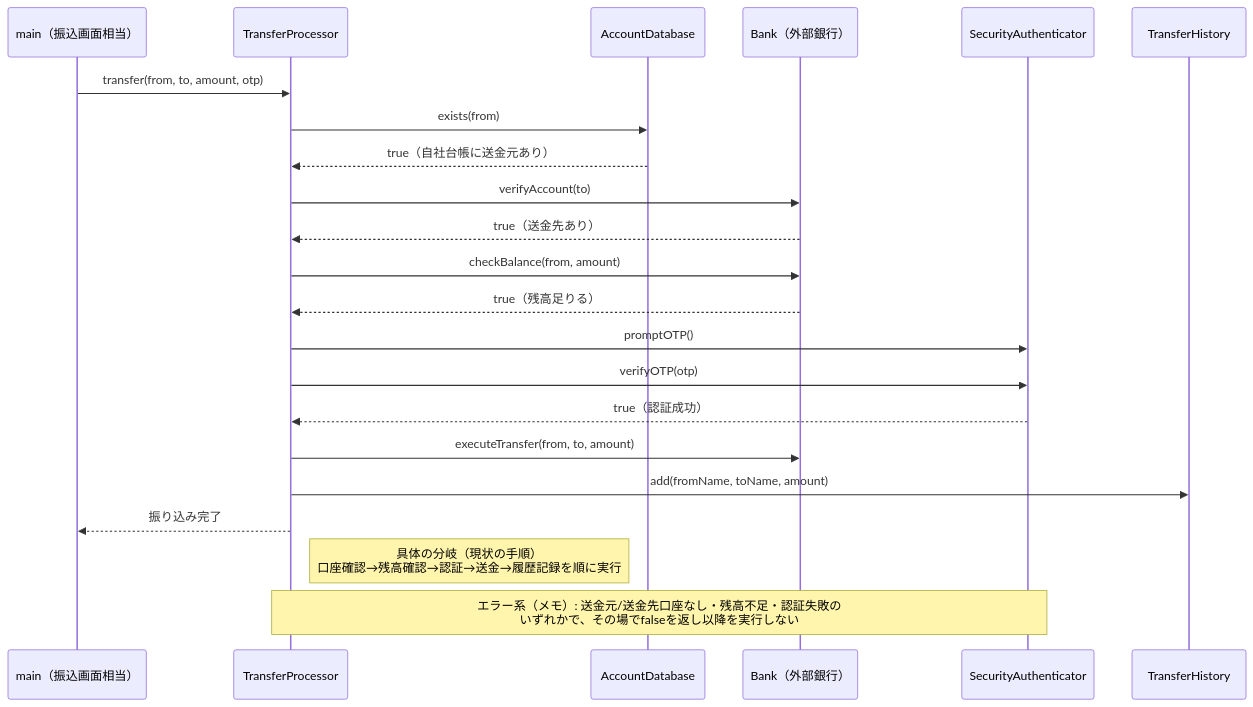
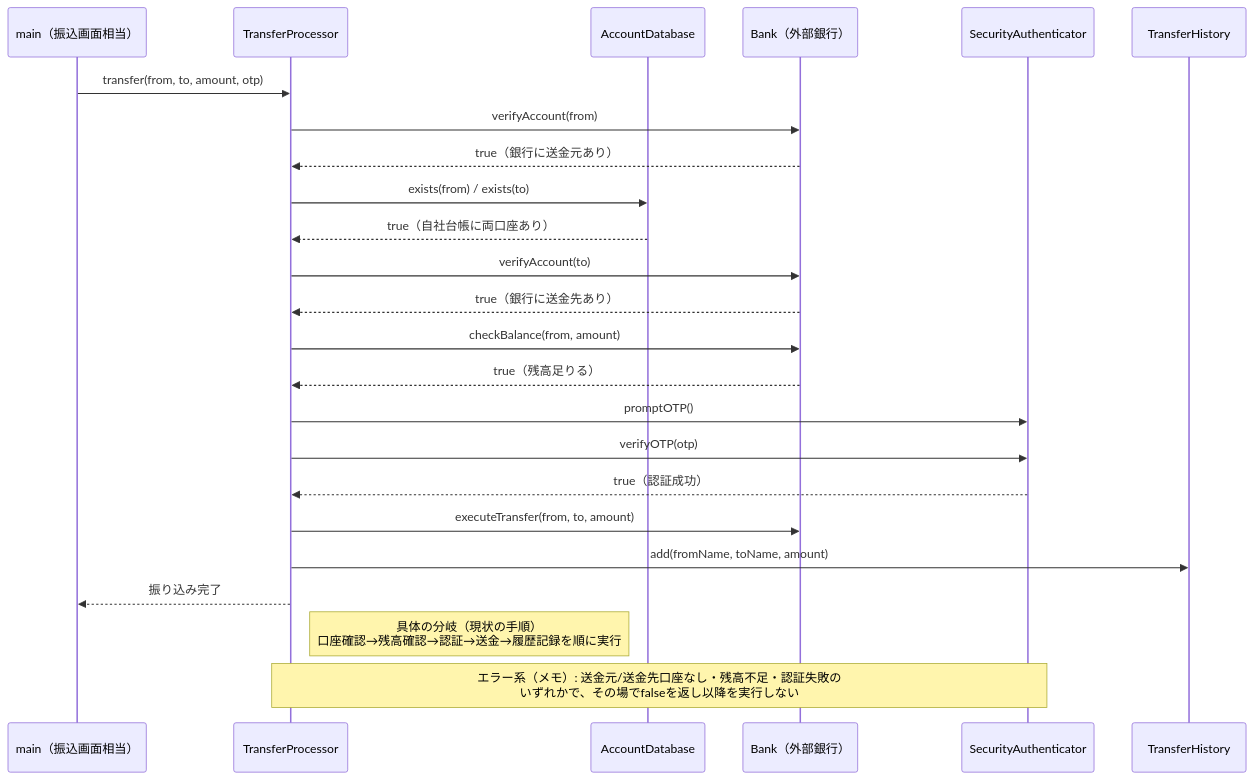
One commit to kumachan1101-pixel/DesignPattern changed the fourth of 18 diagrams in kindle/design-patterns/output/chapter02.md. Above: the diagram before and after it, drawn with Mermaid. The commit also changed other lines of this file and 21 other files, not shown here.

````diff
--- a/kindle/design-patterns/output/chapter02.md
+++ b/kindle/design-patterns/output/chapter02.md
@@ -329,24 +336,26 @@
 ```mermaid
 sequenceDiagram
     participant Main as main（振込画面相当）
     participant TP as TransferProcessor
     participant DB as AccountDatabase
     participant Bank as Bank（外部銀行）
     participant Auth as SecurityAuthenticator
     participant Hist as TransferHistory
     Main->>TP: transfer(from, to, amount, otp)
-    TP->>DB: exists(from)
-    DB-->>TP: true（自社台帳に送金元あり）
+    TP->>Bank: verifyAccount(from)
+    Bank-->>TP: true（銀行に送金元あり）
+    TP->>DB: exists(from) / exists(to)
+    DB-->>TP: true（自社台帳に両口座あり）
     TP->>Bank: verifyAccount(to)
-    Bank-->>TP: true（送金先あり）
+    Bank-->>TP: true（銀行に送金先あり）
     TP->>Bank: checkBalance(from, amount)
     Bank-->>TP: true（残高足りる）
     TP->>Auth: promptOTP()
     TP->>Auth: verifyOTP(otp)
     Auth-->>TP: true（認証成功）
     TP->>Bank: executeTransfer(from, to, amount)
     TP->>Hist: add(fromName, toName, amount)
     TP-->>Main: 振り込み完了
     Note right of TP: 具体の分岐（現状の手順）<br>口座確認→残高確認→認証→送金→履歴記録を順に実行
     Note over TP,Auth: エラー系（メモ）: 送金元/送金先口座なし・残高不足・認証失敗の<br>いずれかで、その場でfalseを返し以降を実行しない
 ```
````
